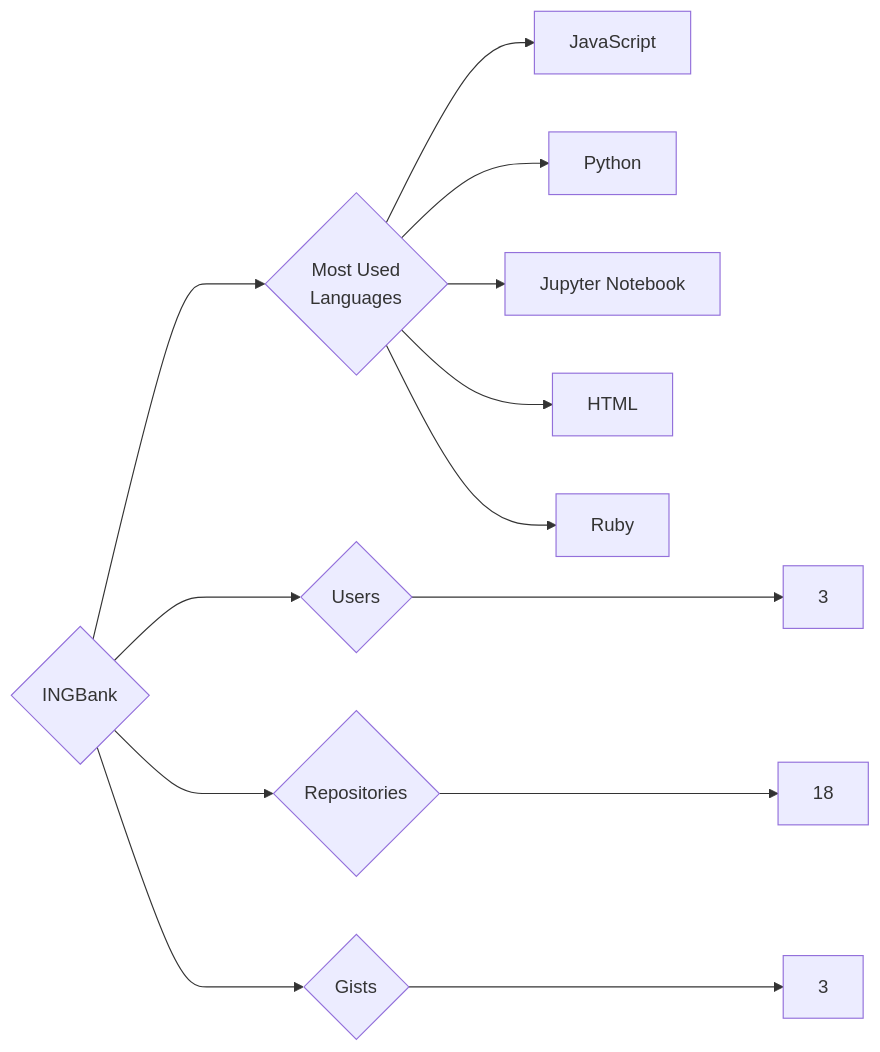
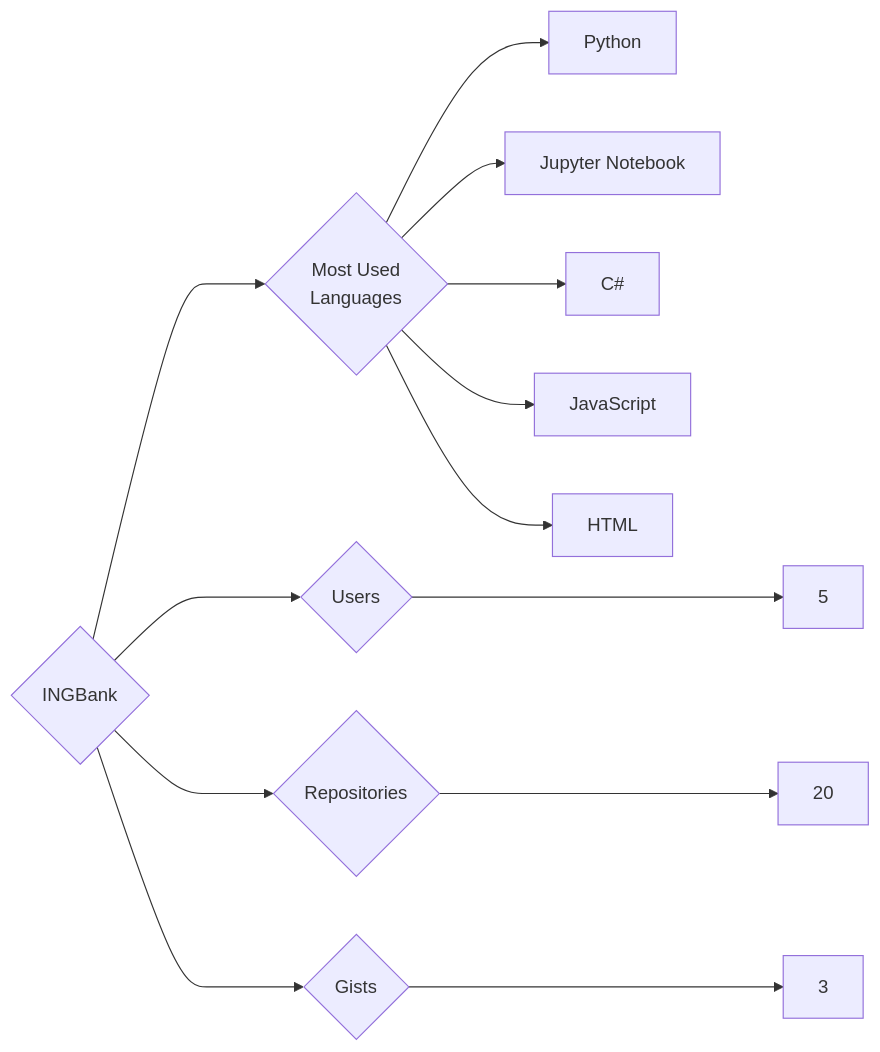
The diagram in targets/INGBank/README.md (trickest/insiders), drawn with Mermaid before and after one commit. The commit also changed 1055 other files, not shown here.

````diff
--- a/targets/INGBank/README.md
+++ b/targets/INGBank/README.md
@@ -3,13 +3,13 @@
 ```mermaid
 graph LR
 COMPANY_NAME{INGBank}
-COMPANY_NAME ---> U{Users} ---> UN[3]
-COMPANY_NAME ---> R{Repositories} ---> RN[18]
+COMPANY_NAME ---> U{Users} ---> UN[5]
+COMPANY_NAME ---> R{Repositories} ---> RN[20]
 COMPANY_NAME ---> G{Gists} ---> GN[3]
 COMPANY_NAME ---> ML{Most Used<br>Languages}
-ML --> JavaScript[JavaScript]
 ML --> Python[Python]
 ML --> Jupyter_Notebook[Jupyter Notebook]
+ML --> C#[C#]
+ML --> JavaScript[JavaScript]
 ML --> HTML[HTML]
-ML --> Ruby[Ruby]
 ```
````
